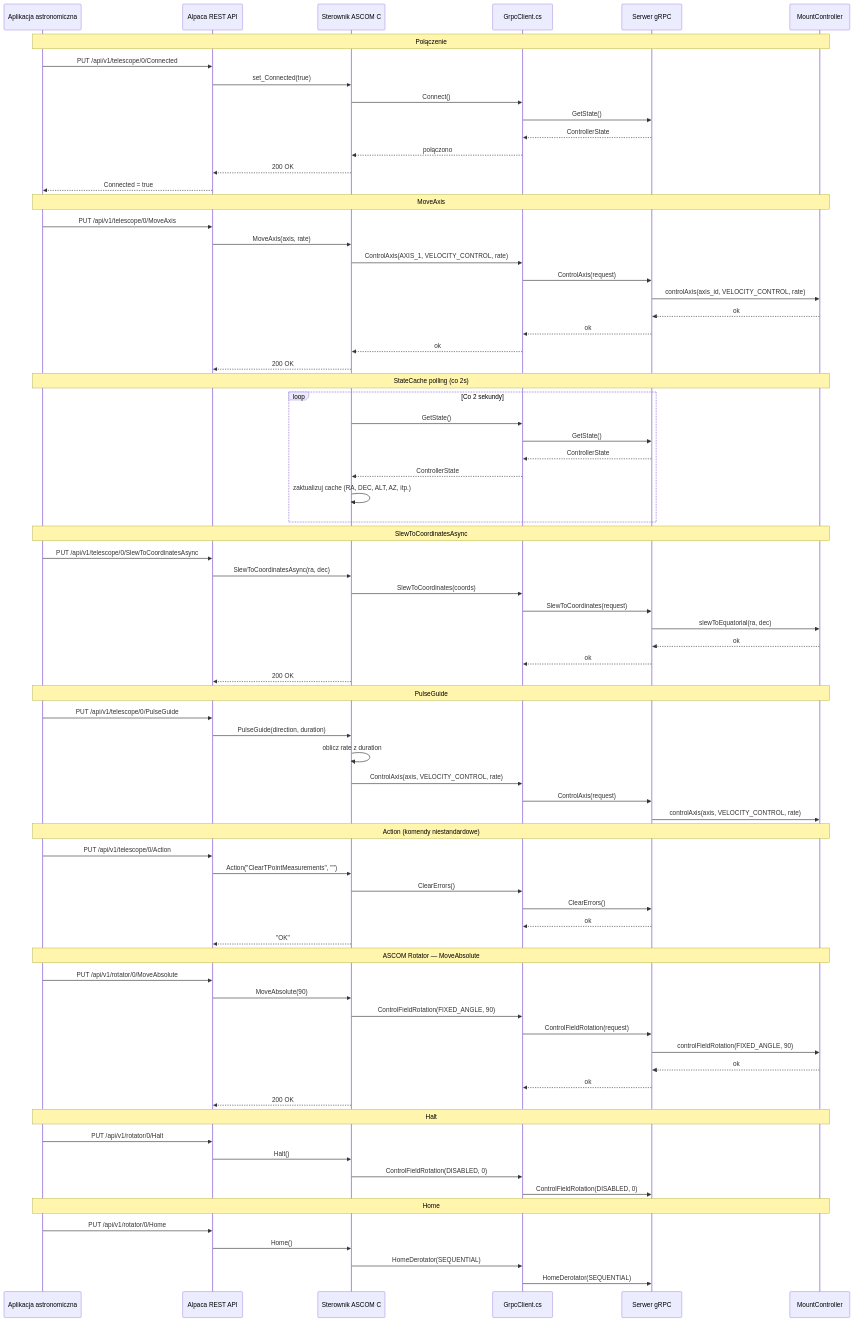
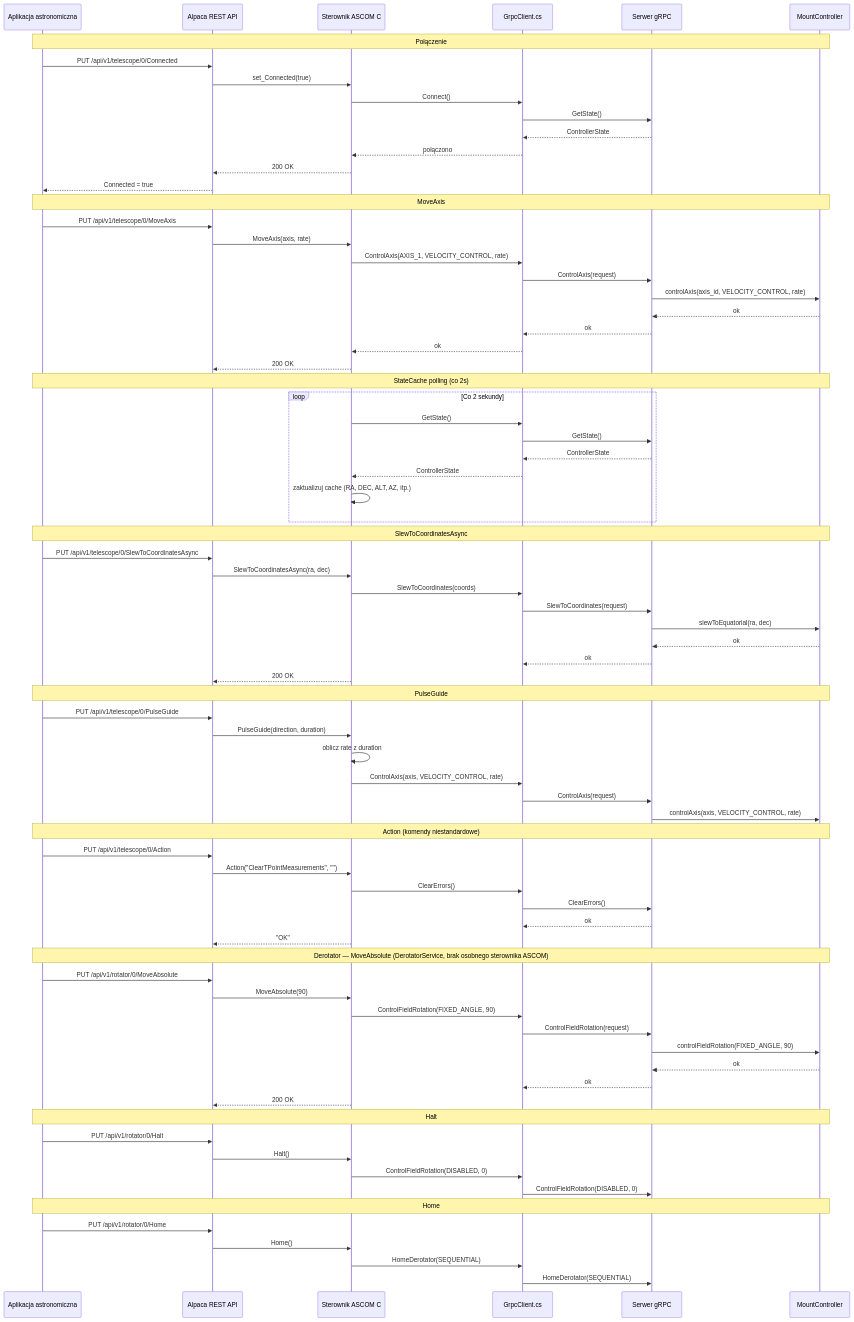
Diagram 14 of 15 in docs/pl/przeplyw_danych.md (pielaszkiewicz-jacek/astro_mount_control), drawn with Mermaid before and after one commit. The commit also changed other lines of this file and 12 other files, not shown here.

```diff
--- a/docs/pl/przeplyw_danych.md
+++ b/docs/pl/przeplyw_danych.md
@@ -753,7 +753,7 @@
     GRPC-->>GC: ok
     DRV-->>ALPACA: "OK"
 
-    Note over APP,MC: ASCOM Rotator — MoveAbsolute
+    Note over APP,MC: Derotator — MoveAbsolute (DerotatorService, brak osobnego sterownika ASCOM)
     APP->>ALPACA: PUT /api/v1/rotator/0/MoveAbsolute
     ALPACA->>DRV: MoveAbsolute(90)
     DRV->>GC: ControlFieldRotation(FIXED_ANGLE, 90)
```
